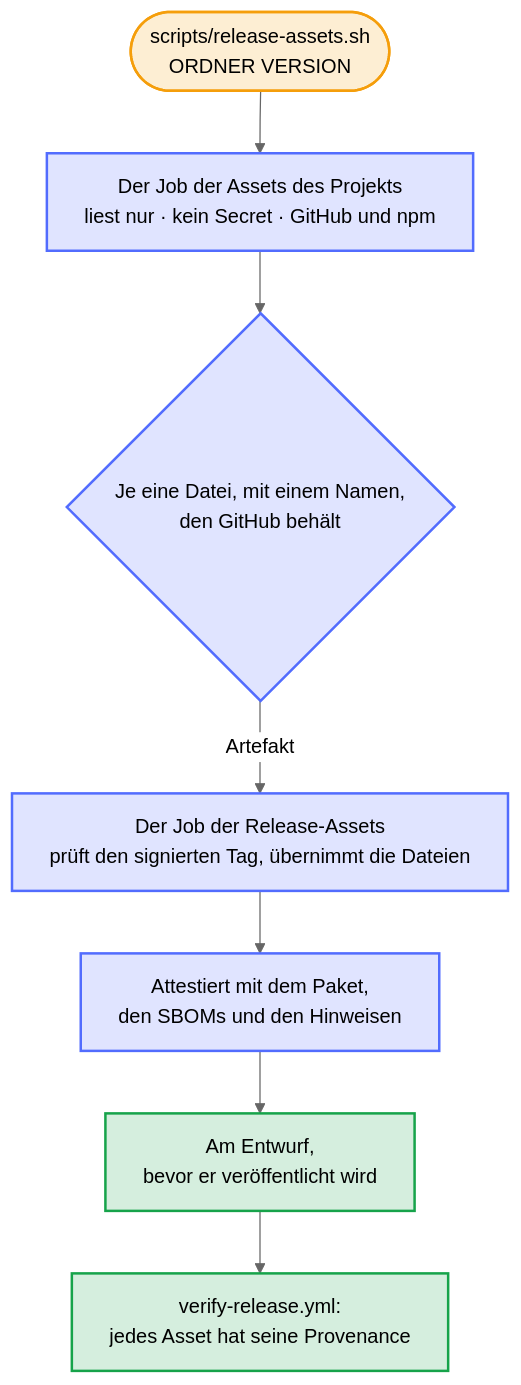
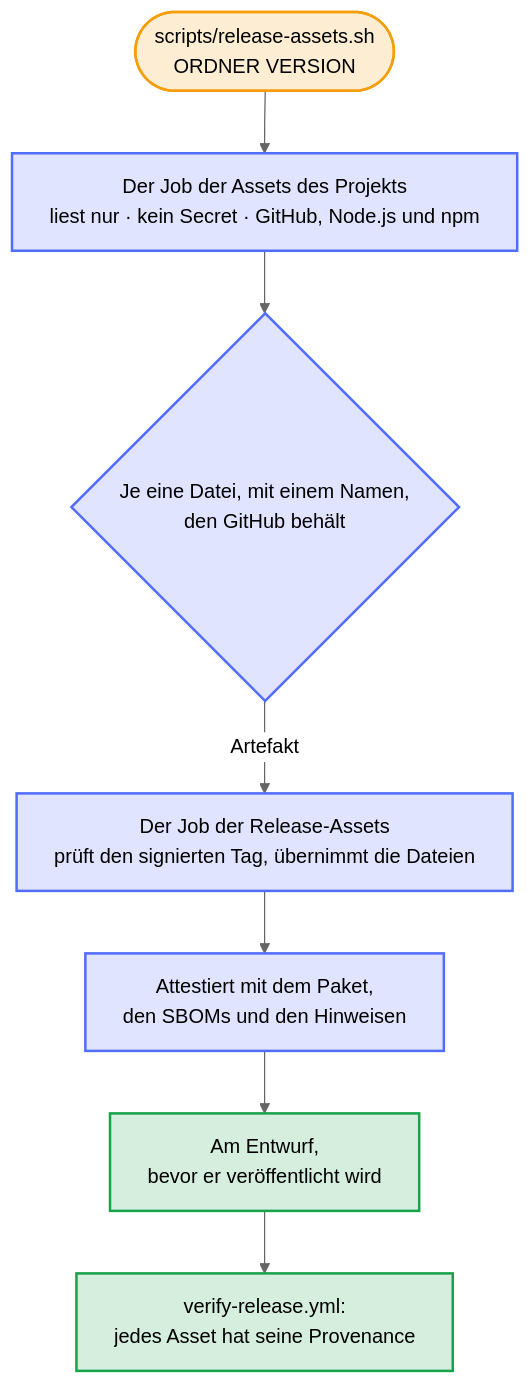
The diagram in docs/diagrams/how-a-project-adds-its-own-release-assets.de.mmd (Dennis-Otto/repo-blueprint), drawn with Mermaid (neutral theme) before and after one commit. The commit also changed 13 other files, not shown here.

First line of the commit message:
fix(release): keep the names of the release and its registries from the project's assets

```diff
--- a/docs/diagrams/how-a-project-adds-its-own-release-assets.de.mmd
+++ b/docs/diagrams/how-a-project-adds-its-own-release-assets.de.mmd
@@ -1,26 +1,26 @@
 ---
 config:
   flowchart:
     wrappingWidth: 400
 ---
 flowchart TB
     accTitle: Wie ein Projekt eigene Assets zum Release hinzufügt
-    accDescr: Das scripts/release-assets.sh des Projekts baut seine eigenen Assets, etwa das Zip einer Browser-Erweiterung, am Commit des Releases, in einem Job, der nichts schreiben darf, kein Secret hat und nur GitHub und npm erreicht. Der Job prüft, dass jedes Asset eine Datei mit einem Namen ist, den GitHub behält, und gibt die Dateien als Artefakt weiter. Der Job des Releases übernimmt sie, nachdem er den signierten Tag geprüft hat, lehnt einen Namen ab, den eines seiner eigenen Assets hat, und attestiert sie mit dem Paket, den SBOMs und den Hinweisen. Alle kommen an den Entwurf, bevor er veröffentlicht wird, und die Release-Prüfung schlägt bei einem Asset ohne seine signierte Provenance fehl.
+    accDescr: Das scripts/release-assets.sh des Projekts baut seine eigenen Assets, etwa das Zip einer Browser-Erweiterung, am Commit des Releases, in einem Job, der nichts schreiben darf, kein Secret hat und nur GitHub, Node.js und npm erreicht. Der Job prüft, dass jedes Asset eine Datei mit einem Namen ist, den GitHub behält, und gibt die Dateien als Artefakt weiter. Der Job des Releases übernimmt sie, nachdem er den signierten Tag geprüft hat, lehnt einen Namen ab, den eines seiner eigenen Assets hat, und attestiert sie mit dem Paket, den SBOMs und den Hinweisen. Alle kommen an den Entwurf, bevor er veröffentlicht wird, und die Release-Prüfung schlägt bei einem Asset ohne seine signierte Provenance fehl.
 
     hook(["scripts/release-assets.sh<br>ORDNER VERSION"])
-    build["Der Job der Assets des Projekts<br>liest nur · kein Secret · GitHub und npm"]
+    build["Der Job der Assets des Projekts<br>liest nur · kein Secret · GitHub, Node.js und npm"]
     checked{"Je eine Datei, mit einem Namen,<br>den GitHub behält"}
     release["Der Job der Release-Assets<br>prüft den signierten Tag, übernimmt die Dateien"]
     attest["Attestiert mit dem Paket,<br>den SBOMs und den Hinweisen"]
     draft["Am Entwurf,<br>bevor er veröffentlicht wird"]
     verify["verify-release.yml:<br>jedes Asset hat seine Provenance"]
 
     hook --> build --> checked
     checked -- "Artefakt" --> release --> attest --> draft --> verify
 
     classDef you fill:#f59e0b2e,stroke:#f59e0b,stroke-width:2px
     classDef bot fill:#526cfe2e,stroke:#526cfe,stroke-width:2px
     classDef done fill:#16a34a2e,stroke:#16a34a,stroke-width:2px
     class hook you
     class build,checked,release,attest bot
     class draft,verify done
```
